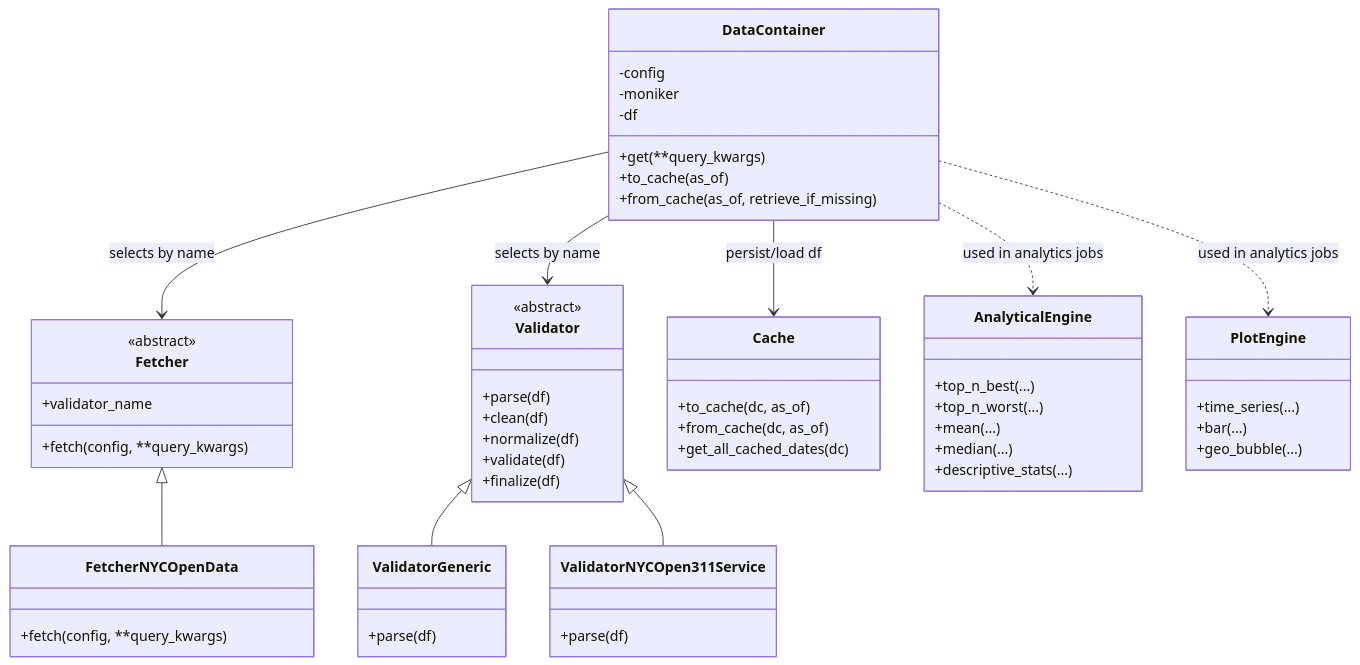
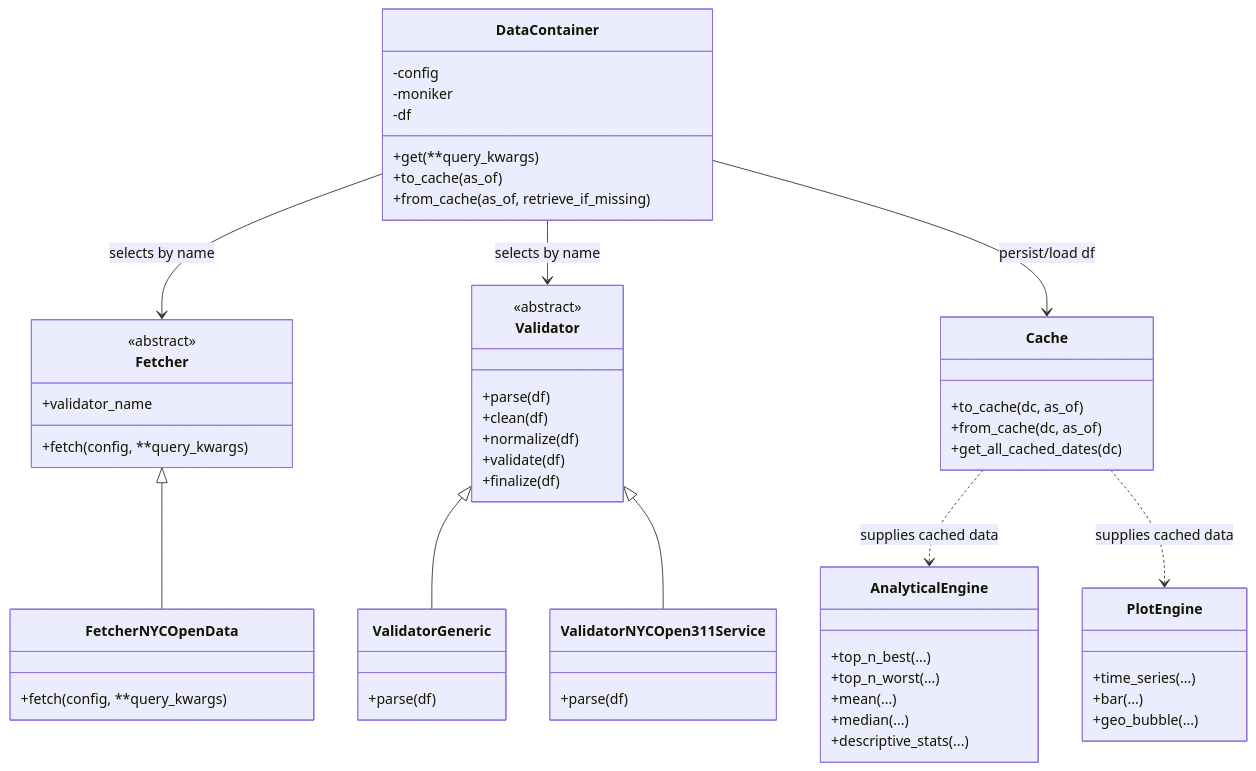
The diagram in README.md (a4shubert/hbc_tsy_enhanced), drawn with Mermaid before and after one commit.

Commit message:
final touch on readme.md for uml diagrams on analytics

````diff
--- a/README.md
+++ b/README.md
@@ -100,58 +100,58 @@
 ```mermaid
 classDiagram
     class DataContainer {
       -config
       -moniker
       -df
       +get(**query_kwargs)
       +to_cache(as_of)
       +from_cache(as_of, retrieve_if_missing)
     }
     class Fetcher {
       <<abstract>>
       +fetch(config, **query_kwargs)
       +validator_name
     }
     class FetcherNYCOpenData {
       +fetch(config, **query_kwargs)
     }
     class Validator {
       <<abstract>>
       +parse(df)
       +clean(df)
       +normalize(df)
       +validate(df)
       +finalize(df)
     }
     class ValidatorGeneric {
       +parse(df)
     }
     class ValidatorNYCOpen311Service {
       +parse(df)
     }
     class Cache {
       +to_cache(dc, as_of)
       +from_cache(dc, as_of)
       +get_all_cached_dates(dc)
     }
     DataContainer --> Fetcher : selects by name
     Fetcher <|-- FetcherNYCOpenData
     DataContainer --> Validator : selects by name
     Validator <|-- ValidatorGeneric
     Validator <|-- ValidatorNYCOpen311Service
     DataContainer --> Cache : persist/load df
     class AnalyticalEngine {
       +top_n_best(...)
       +top_n_worst(...)
       +mean(...)
       +median(...)
       +descriptive_stats(...)
     }
     class PlotEngine {
       +time_series(...)
       +bar(...)
       +geo_bubble(...)
     }
-    DataContainer ..> AnalyticalEngine : used in analytics jobs
-    DataContainer ..> PlotEngine : used in analytics jobs
+    Cache ..> AnalyticalEngine : supplies cached data
+    Cache ..> PlotEngine : supplies cached data
 ```
````
